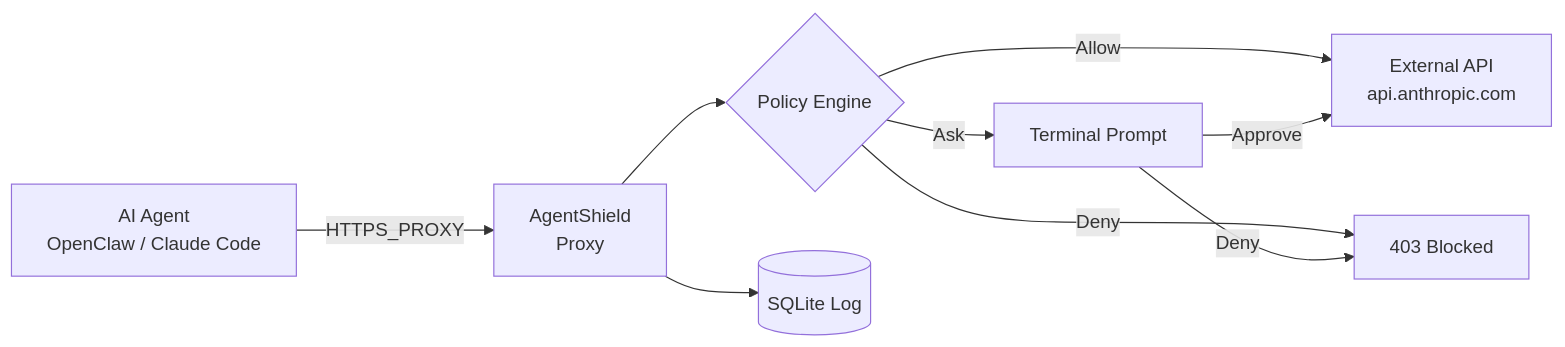
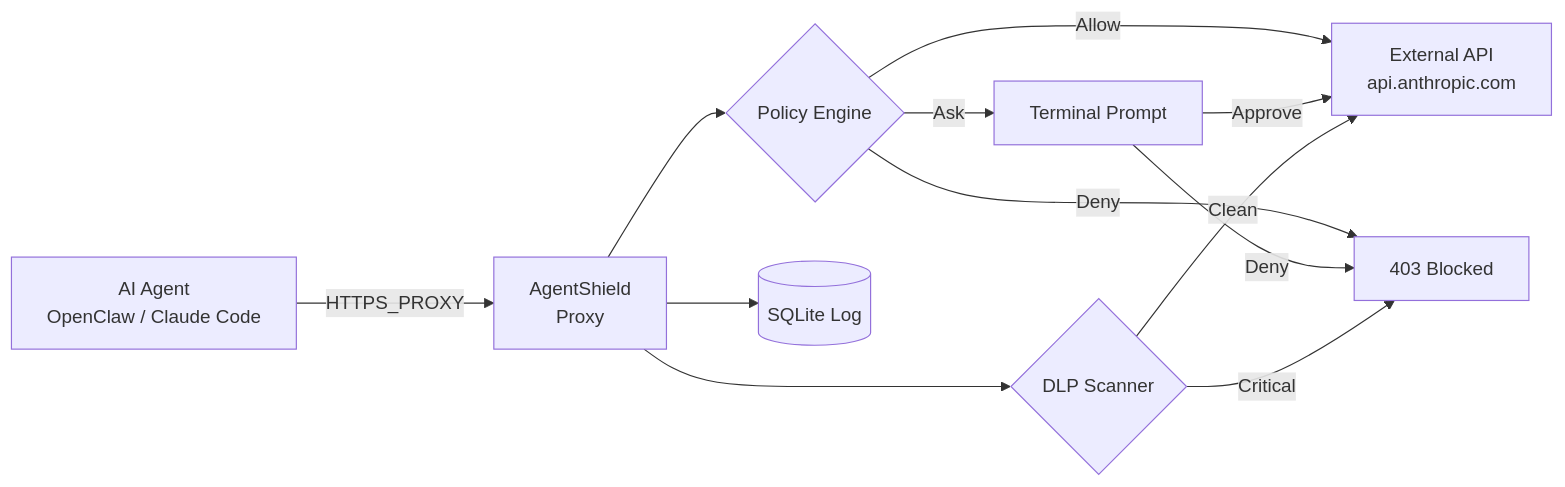
Before and after one commit to kamuimk/agentshield: the diagram in README.md, drawn with Mermaid. The commit also changed other lines of this file and 9 other files, not shown here.

````diff
--- a/README.md
+++ b/README.md
@@ -12,11 +12,14 @@
 ```mermaid
 flowchart LR
     A[AI Agent<br/>OpenClaw / Claude Code] -->|HTTPS_PROXY| B[AgentShield<br/>Proxy]
     B --> C{Policy Engine}
     C -->|Allow| D[External API<br/>api.anthropic.com]
     C -->|Deny| E[403 Blocked]
     C -->|Ask| F[Terminal Prompt]
     F -->|Approve| D
     F -->|Deny| E
     B --> G[(SQLite Log)]
+    B --> H{DLP Scanner}
+    H -->|Critical| E
+    H -->|Clean| D
 ```
````
